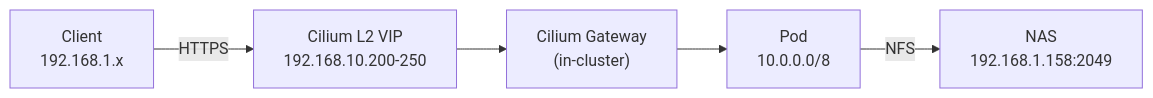
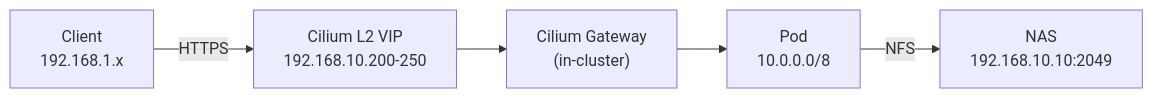
The second of 2 diagrams in docs/architecture/network-infrastructure.md (kyleseneker/homelab), drawn with Mermaid before and after one commit. The commit also changed other lines of this file and 21 other files, not shown here.

````diff
--- a/docs/architecture/network-infrastructure.md
+++ b/docs/architecture/network-infrastructure.md
@@ -193,7 +191,7 @@
 ```mermaid
 flowchart LR
     client["Client<br/>192.168.1.x"] -->|"HTTPS"| vip["Cilium L2 VIP<br/>192.168.10.200-250"]
     vip --> gateway["Cilium Gateway<br/>(in-cluster)"]
     gateway --> pod["Pod<br/>10.0.0.0/8"]
-    pod -->|"NFS"| nas["NAS<br/>192.168.1.158:2049"]
+    pod -->|"NFS"| nas["NAS<br/>192.168.10.10:2049"]
 ```
````
